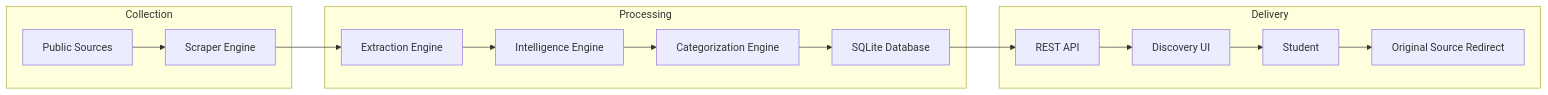
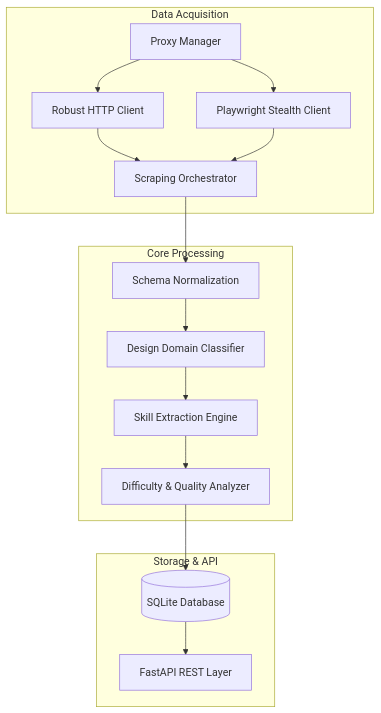
The diagram in README.md (asg492607/job_scratcher), drawn with Mermaid before and after one commit. The commit also changed other lines of this file, not shown here.

Commit message:
Update README.md with massive 10k scale stealth scraping architecture

````diff
--- a/README.md
+++ b/README.md
@@ -30,18 +46,21 @@
 ```mermaid
-flowchart LR
-    subgraph Collection
-        A["Public Sources"] --> B["Scraper Engine"]
+flowchart TD
+    subgraph Data Acquisition
+        PROX["Proxy Manager"] --> HTTP["Robust HTTP Client"]
+        PROX --> PLW["Playwright Stealth Client"]
+        HTTP --> SCR["Scraping Orchestrator"]
+        PLW --> SCR
     end
-    subgraph Processing
-        B --> C["Extraction Engine"]
-        C --> D["Intelligence Engine"]
-        D --> E["Categorization Engine"]
-        E --> F["SQLite Database"]
+
+    subgraph Core Processing
+        SCR --> NORM["Schema Normalization"]
+        NORM --> CLASS["Design Domain Classifier"]
+        CLASS --> SKILL["Skill Extraction Engine"]
+        SKILL --> INTEL["Difficulty & Quality Analyzer"]
     end
-    subgraph Delivery
-        F --> G["REST API"]
-        G --> H["Discovery UI"]
-        H --> I["Student"]
-        I --> J["Original Source Redirect"]
+
+    subgraph Storage & API
+        INTEL --> DB[(SQLite Database)]
+        DB --> API["FastAPI REST Layer"]
     end
 ```
````
